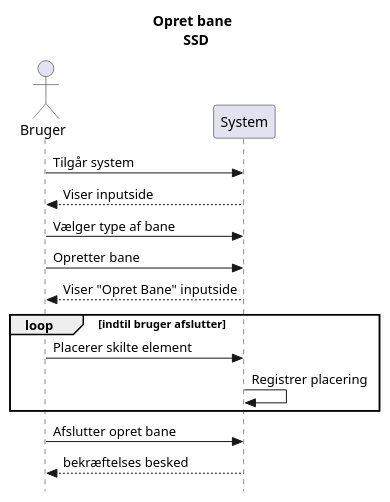
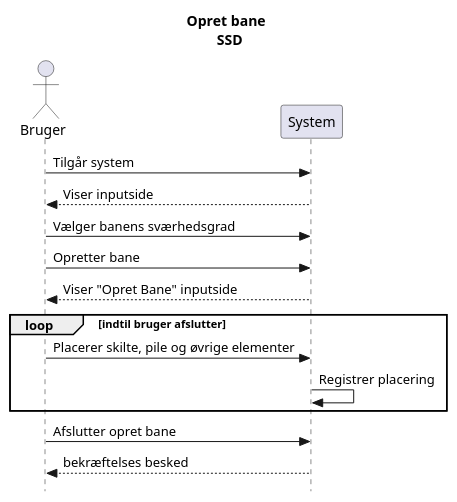
One commit to Team-1-ucl/Team1_Projekt changed the diagram in Dokumentation/Scenarier/Baner/Logical View/SSD/Opretterbane.wsd. Above: the diagram before and after it, drawn with PlantUML. The commit also changed 1 other file, not shown here.

```diff
--- a/Dokumentation/Scenarier/Baner/Logical View/SSD/Opretterbane.wsd
+++ b/Dokumentation/Scenarier/Baner/Logical View/SSD/Opretterbane.wsd
@@ -1,19 +1,19 @@
 @startuml Opretter Bane
 title Opret bane \n SSD 
 skinparam style strictuml
 actor Bruger
 participant System as sys
 
 Bruger-> sys : Tilgår system
 Bruger <-- sys : Viser inputside
-Bruger -> sys : Vælger type af bane
+Bruger -> sys : Vælger banens sværhedsgrad
 Bruger -> sys : Opretter bane
 Bruger <-- sys : Viser "Opret Bane" inputside
 loop indtil bruger afslutter
-Bruger -> sys : Placerer skilte element
+Bruger -> sys : Placerer skilte, pile og øvrige elementer
 sys->sys:Registrer placering
 end
 Bruger -> sys : Afslutter opret bane 
 Bruger <-- sys : bekræftelses besked
 
 @enduml
```
